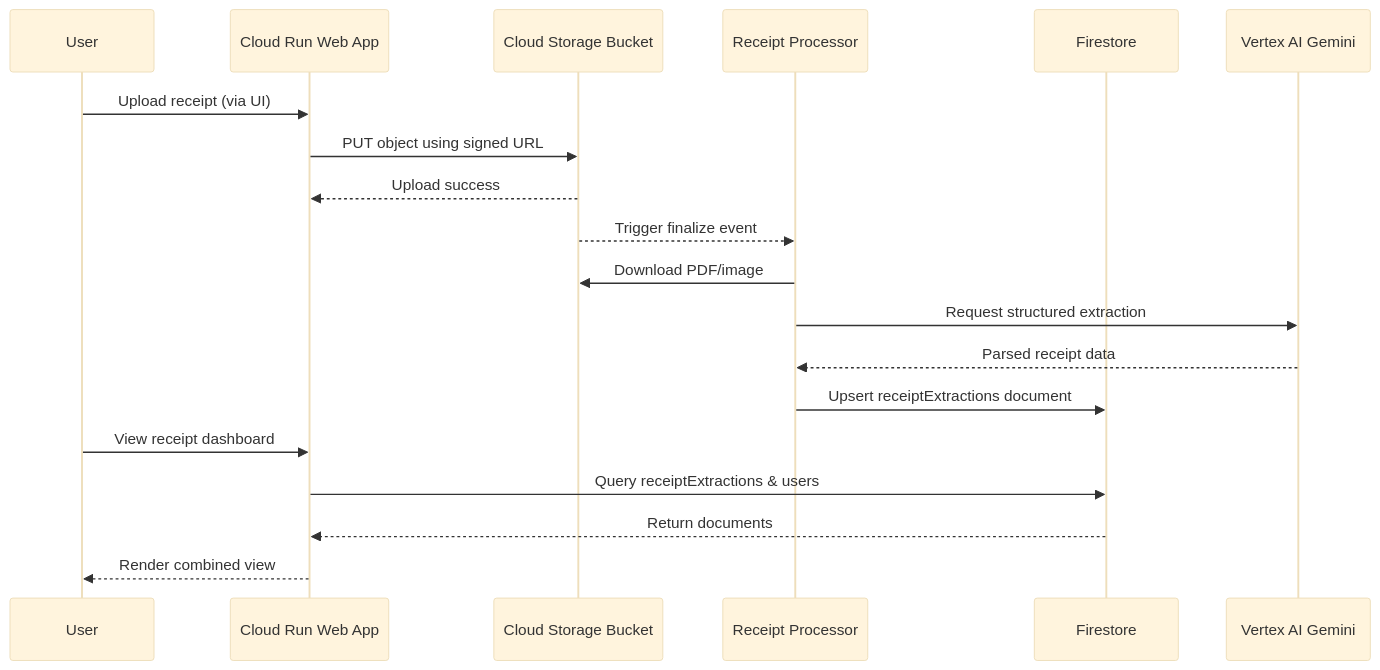
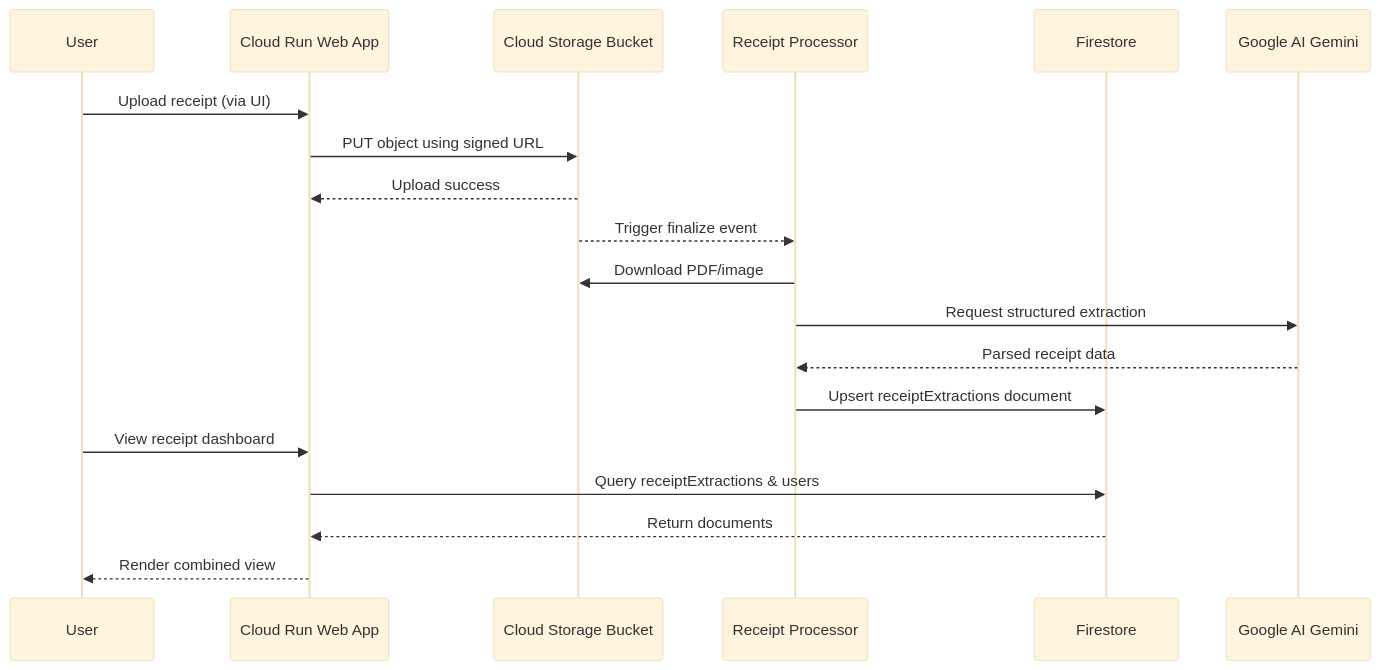
The second of 3 diagrams in docs/system-architecture-diagrams.md (pekelund-dev/codex-test), drawn with Mermaid (base theme) before and after one commit. The commit also changed other lines of this file and 15 other files, not shown here.

Commit message:
Use Google AI Studio Gemini API with API key

````diff
--- a/docs/system-architecture-diagrams.md
+++ b/docs/system-architecture-diagrams.md
@@ -62,22 +62,22 @@
 ```mermaid
 sequenceDiagram
     participant User as User
     participant CloudRun as Cloud Run Web App
     participant Storage as Cloud Storage Bucket
     participant ProcessorService as Receipt Processor
     participant Firestore
-    participant Gemini as Vertex AI Gemini
+    participant Gemini as Google AI Gemini
 
     User->>CloudRun: Upload receipt (via UI)
     CloudRun->>Storage: PUT object using signed URL
     Storage-->>CloudRun: Upload success
     Storage-->>ProcessorService: Trigger finalize event
     ProcessorService->>Storage: Download PDF/image
     ProcessorService->>Gemini: Request structured extraction
     Gemini-->>ProcessorService: Parsed receipt data
     ProcessorService->>Firestore: Upsert receiptExtractions document
     User->>CloudRun: View receipt dashboard
     CloudRun->>Firestore: Query receiptExtractions & users
     Firestore-->>CloudRun: Return documents
     CloudRun-->>User: Render combined view
 ```
````
